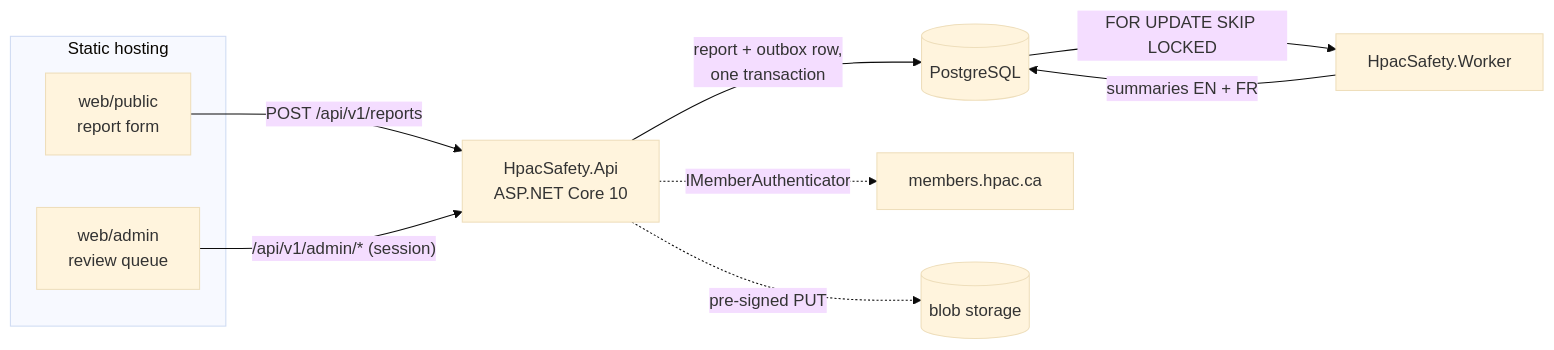
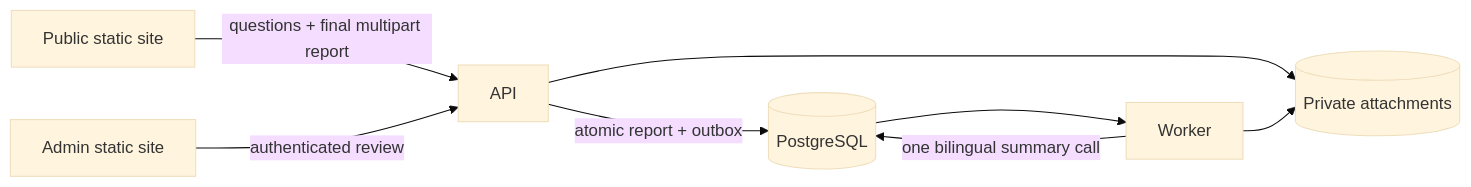
Before and after one commit to HPAC-Safety/safety-report: the diagram in docs/architecture.md, drawn with Mermaid (base theme). The commit also changed other lines of this file and 104 other files, not shown here.

````diff
--- a/docs/architecture.md
+++ b/docs/architecture.md
@@ -5,21 +8,10 @@
 ```mermaid
 flowchart LR
-    subgraph static["Static hosting"]
-        pub["web/public<br/>report form"]
-        adm["web/admin<br/>review queue"]
-    end
-
-    api["HpacSafety.Api<br/>ASP.NET Core 10"]
-    db[("PostgreSQL")]
-    worker["HpacSafety.Worker"]
-    hpac["members.hpac.ca"]
-    blob[("blob storage")]
-
-    pub -->|"POST /api/v1/reports"| api
-    adm -->|"/api/v1/admin/* (session)"| api
-    api -->|"report + outbox row,<br/>one transaction"| db
-    api -.->|"IMemberAuthenticator"| hpac
-    api -.->|"pre-signed PUT"| blob
-    db -->|"FOR UPDATE SKIP LOCKED"| worker
-    worker -->|"summaries EN + FR"| db
+    public["Public static site"] -->|"questions + final multipart report"| api["API"]
+    admin["Admin static site"] -->|"authenticated review"| api
+    api -->|"atomic report + outbox"| db[("PostgreSQL")]
+    api --> private[("Private attachments")]
+    db --> worker["Worker"]
+    worker -->|"one bilingual summary call"| db
+    worker --> private
 ```
````
